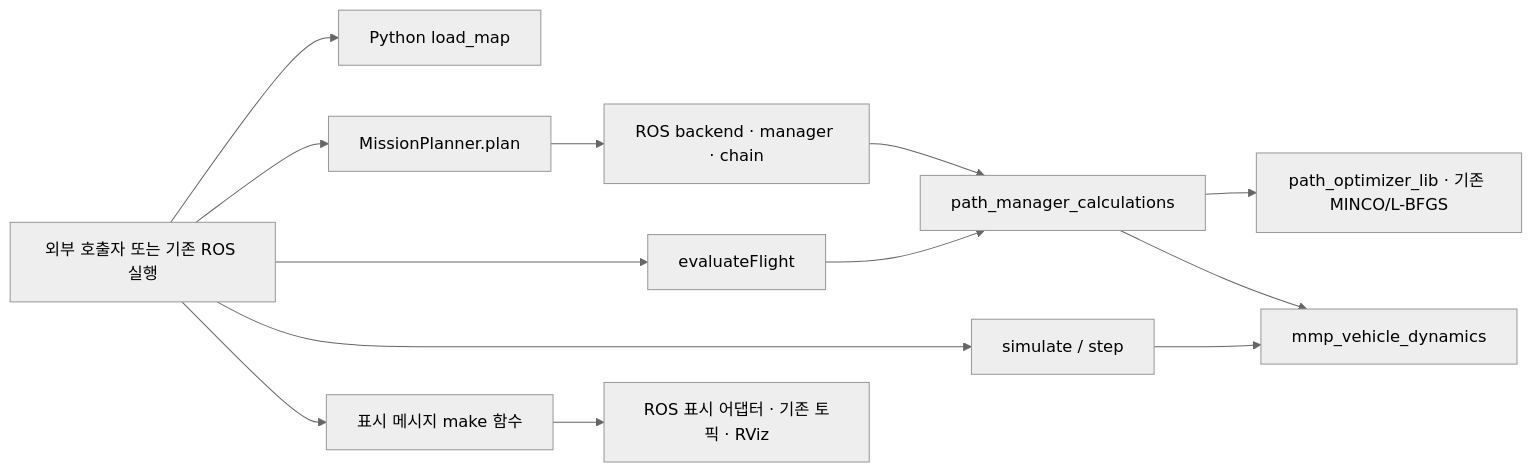
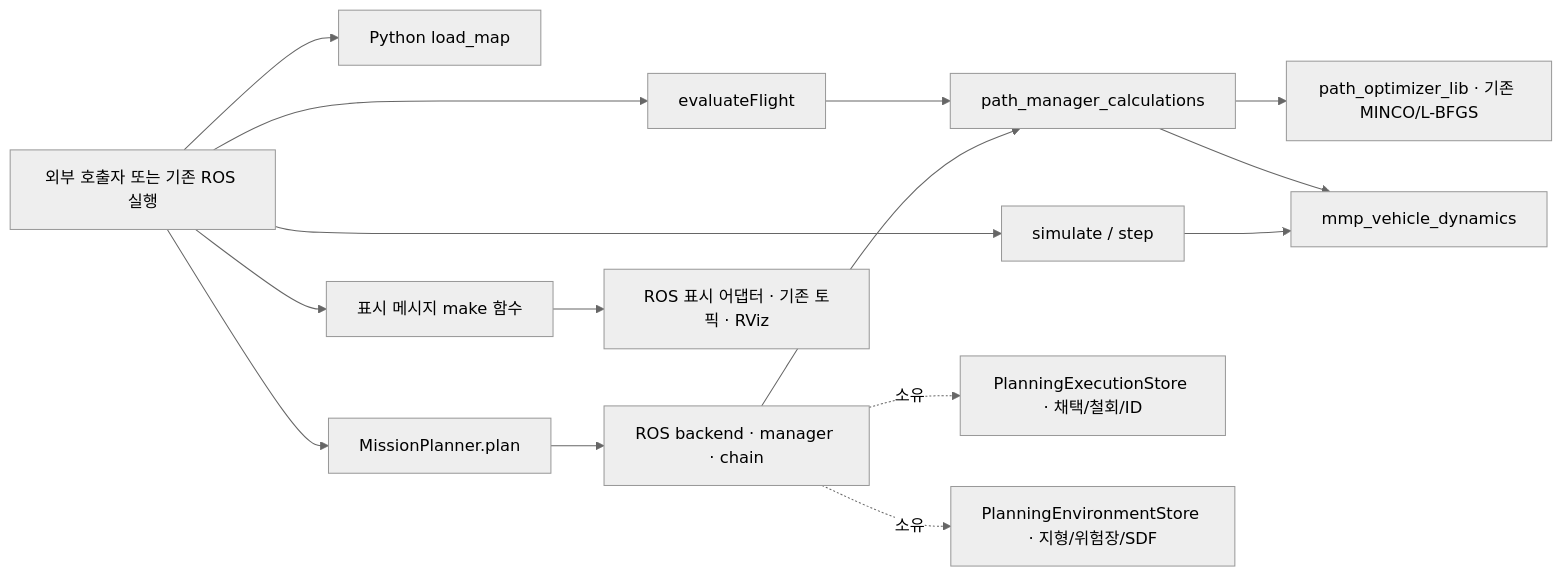
One commit to SUV-Lab/swarm-formation changed the diagram in docs/design/modularized_function_api_ko.md. Above: the diagram before and after it, drawn with Mermaid (neutral theme). The commit also changed other lines of this file and 25 other files, not shown here.

````diff
--- a/docs/design/modularized_function_api_ko.md
+++ b/docs/design/modularized_function_api_ko.md
@@ -27,15 +32,17 @@
 ```mermaid
 flowchart LR
     A[외부 호출자 또는 기존 ROS 실행] --> L[Python load_map]
     A --> P[MissionPlanner.plan]
     A --> E[evaluateFlight]
     A --> S[simulate / step]
     A --> V[표시 메시지 make 함수]
     P --> R[ROS backend · manager · chain]
     R --> C[path_manager_calculations]
+    R -. 소유 .-> X[PlanningExecutionStore · 채택/철회/ID]
+    R -. 소유 .-> N[PlanningEnvironmentStore · 지형/위험장/SDF]
     E --> C
     C --> O[path_optimizer_lib · 기존 MINCO/L-BFGS]
     S --> D[mmp_vehicle_dynamics]
     C --> D
     V --> W[ROS 표시 어댑터 · 기존 토픽 · RViz]
 ```
````
